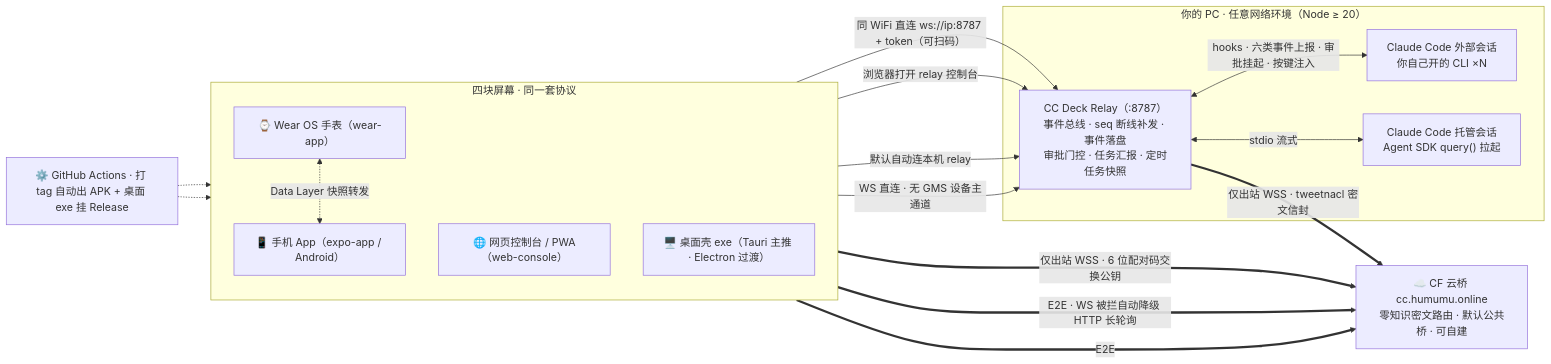
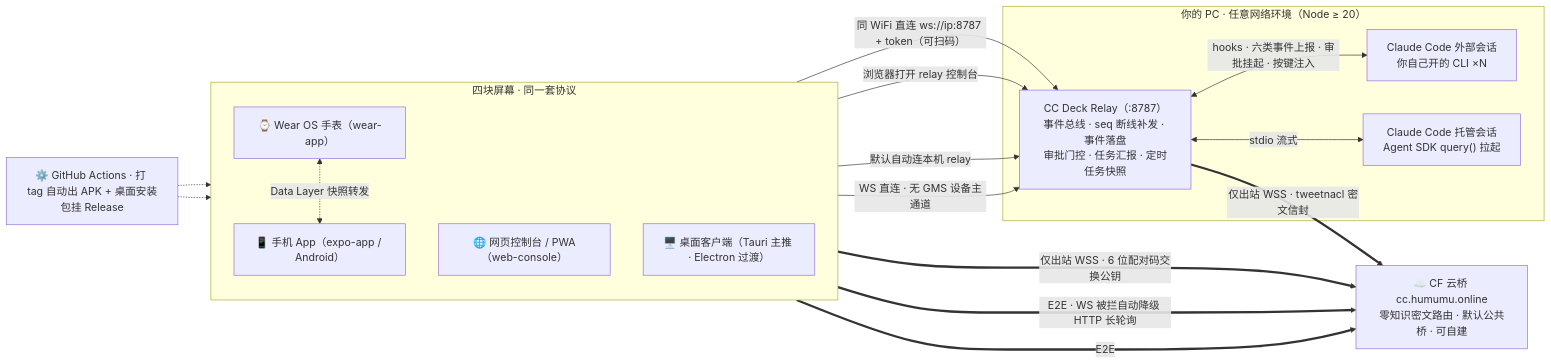
Before and after one commit to humumu130/cc-deck: the diagram in README.md, drawn with Mermaid. The commit also changed other lines of this file, not shown here.

````diff
--- a/README.md
+++ b/README.md
@@ -33,35 +97,35 @@
 ```mermaid
 flowchart LR
     subgraph SCR["四块屏幕 · 同一套协议"]
         direction TB
         APP["📱 手机 App（expo-app / Android）"]
         WATCH["⌚ Wear OS 手表（wear-app）"]
         WEB["🌐 网页控制台 / PWA（web-console）"]
-        EXE["🖥️ 桌面壳 exe（Tauri 主推 · Electron 过渡）"]
+        EXE["🖥️ 桌面客户端（Tauri 主推 · Electron 过渡）"]
     end
 
     CLOUD["☁️ CF 云桥 cc.humumu.online<br/>零知识密文路由 · 默认公共桥 · 可自建"]
 
     subgraph PC["你的 PC · 任意网络环境（Node ≥ 20）"]
         RELAY["CC Deck Relay（:8787）<br/>事件总线 · seq 断线补发 · 事件落盘<br/>审批门控 · 任务汇报 · 定时任务快照"]
         EXT["Claude Code 外部会话<br/>你自己开的 CLI ×N"]
         HOSTED["Claude Code 托管会话<br/>Agent SDK query() 拉起"]
         RELAY <-->|"hooks · 六类事件上报 · 审批挂起 · 按键注入"| EXT
         RELAY <-->|"stdio 流式"| HOSTED
     end
 
     APP -->|"同 WiFi 直连 ws://ip:8787 + token（可扫码）"| RELAY
     WEB -->|"浏览器打开 relay 控制台"| RELAY
     EXE -->|"默认自动连本机 relay"| RELAY
     WATCH -->|"WS 直连 · 无 GMS 设备主通道"| RELAY
     WATCH <-.->|"Data Layer 快照转发"| APP
 
     RELAY ==>|"仅出站 WSS · tweetnacl 密文信封"| CLOUD
     APP ==>|"仅出站 WSS · 6 位配对码交换公钥"| CLOUD
     WEB ==>|"E2E · WS 被拦自动降级 HTTP 长轮询"| CLOUD
     EXE ==>|"E2E"| CLOUD
 
-    CI["⚙️ GitHub Actions · 打 tag 自动出 APK + 桌面 exe 挂 Release"]
+    CI["⚙️ GitHub Actions · 打 tag 自动出 APK + 桌面安装包挂 Release"]
     CI -.-> APP
     CI -.-> EXE
 ```
````
